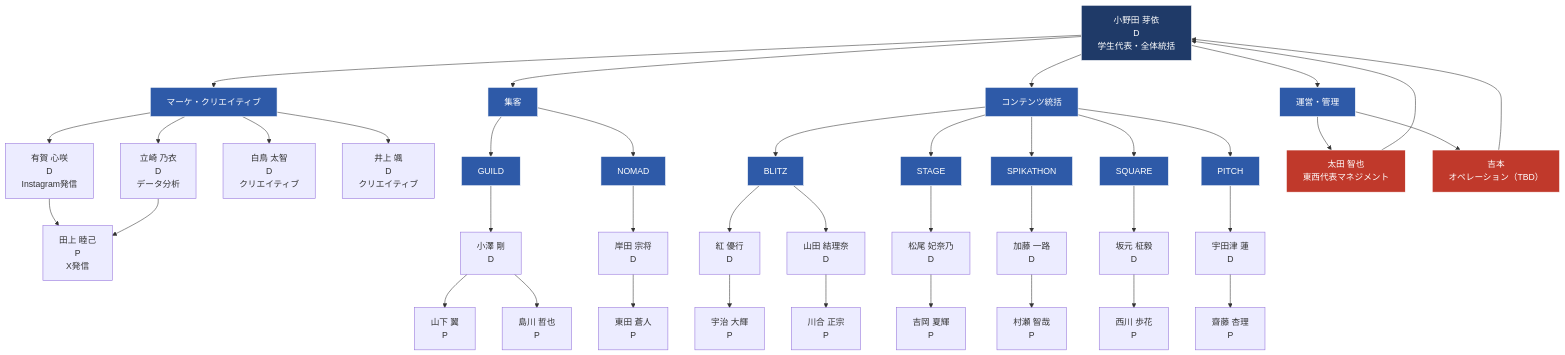
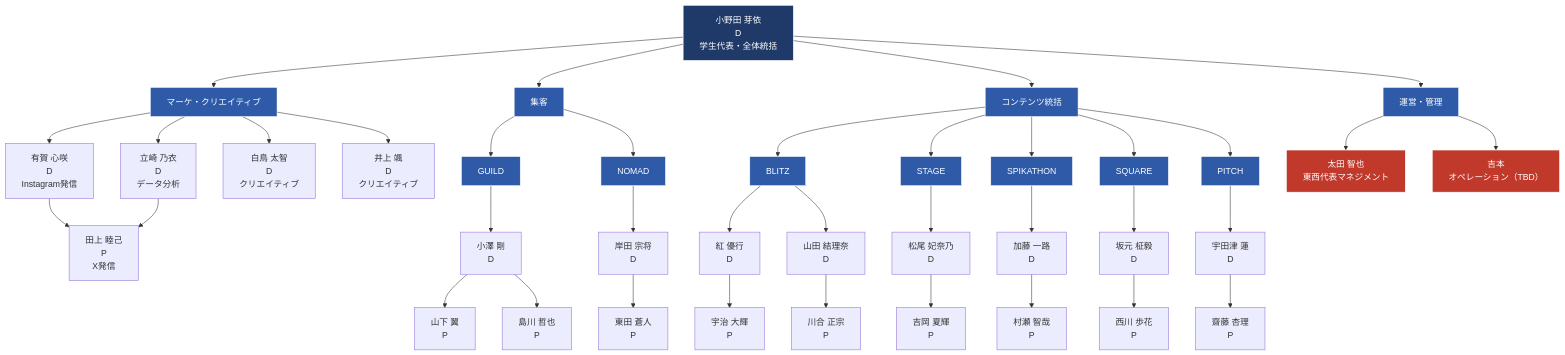
The second of 3 diagrams in spikes-org-chart.md (liofval/spikes_hr), drawn with Mermaid before and after one commit. The commit also changed 1 other file, not shown here.

Commit message:
組織図: 循環参照を削除してトップダウン表示を修正

````diff
--- a/spikes-org-chart.md
+++ b/spikes-org-chart.md
@@ -25,60 +25,58 @@
 ```mermaid
 graph TD
     Onoda["小野田 芽依<br/>D<br/>学生代表・全体統括"]
 
     Onoda --> MktHQ["マーケ・クリエイティブ"]
     Onoda --> PromoHQ["集客"]
     Onoda --> ContentHQ["コンテンツ統括"]
     Onoda --> OpsHQ["運営・管理"]
 
     %% マーケ・クリエイティブ
     MktHQ --> Aruga["有賀 心咲<br/>D<br/>Instagram発信"]
     MktHQ --> Tatsuzaki["立崎 乃衣<br/>D<br/>データ分析"]
     MktHQ --> Shiratori["白鳥 太智<br/>D<br/>クリエイティブ"]
     MktHQ --> Inoue["井上 颯<br/>D<br/>クリエイティブ"]
     Aruga --> Tagami["田上 睦己<br/>P<br/>X発信"]
     Tatsuzaki --> Tagami
 
     %% 集客
     PromoHQ --> GUILD["GUILD"]
     PromoHQ --> NOMAD["NOMAD"]
     GUILD --> Ozawa["小澤 剛<br/>D"]
     Ozawa --> Yamashita["山下 翼<br/>P"]
     Ozawa --> Shimakawa["島川 哲也<br/>P"]
     NOMAD --> Kishida["岸田 宗将<br/>D"]
     Kishida --> Azumada["東田 蒼人<br/>P"]
 
     %% コンテンツ
     ContentHQ --> BLITZ["BLITZ"]
     ContentHQ --> STAGE["STAGE"]
     ContentHQ --> SPIKATHON["SPIKATHON"]
     ContentHQ --> SQUARE["SQUARE"]
     ContentHQ --> PITCH["PITCH"]
     BLITZ --> Kurenai["紅 優行<br/>D"]
     BLITZ --> Yamada["山田 結理奈<br/>D"]
     Kurenai --> Uji["宇治 大輝<br/>P"]
     Yamada --> Kawai["川合 正宗<br/>P"]
     STAGE --> Matsuo["松尾 妃奈乃<br/>D"]
     Matsuo --> Yoshioka["吉岡 夏輝<br/>P"]
     SPIKATHON --> Kato["加藤 一路<br/>D"]
     Kato --> Murase["村瀬 智哉<br/>P"]
     SQUARE --> Sakamoto["坂元 柾毅<br/>D"]
     Sakamoto --> Nishikawa["西川 歩花<br/>P"]
     PITCH --> Udatsu["宇田津 蓮<br/>D"]
     Udatsu --> Saito["齋藤 杏理<br/>P"]
 
     %% 運営・管理
     OpsHQ --> Ota["太田 智也<br/>東西代表マネジメント"]
     OpsHQ --> Yoshimoto["吉本<br/>オペレーション（TBD）"]
-    Ota --> Onoda
-    Yoshimoto --> Onoda
 
     classDef head fill:#1f3a68,stroke:#fff,color:#fff;
     classDef group fill:#2e5aa8,stroke:#fff,color:#fff;
     classDef tbd fill:#c0392b,stroke:#fff,color:#fff;
     class Onoda head;
     class MktHQ,PromoHQ,ContentHQ,OpsHQ group;
     class BLITZ,STAGE,SPIKATHON,SQUARE,PITCH group;
     class GUILD,NOMAD group;
     class Yoshimoto,Ota tbd;
 ```
````
